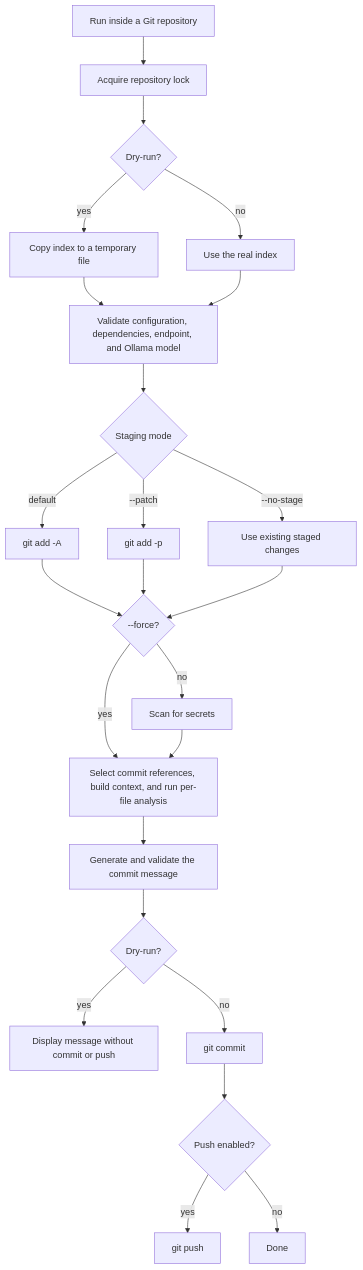
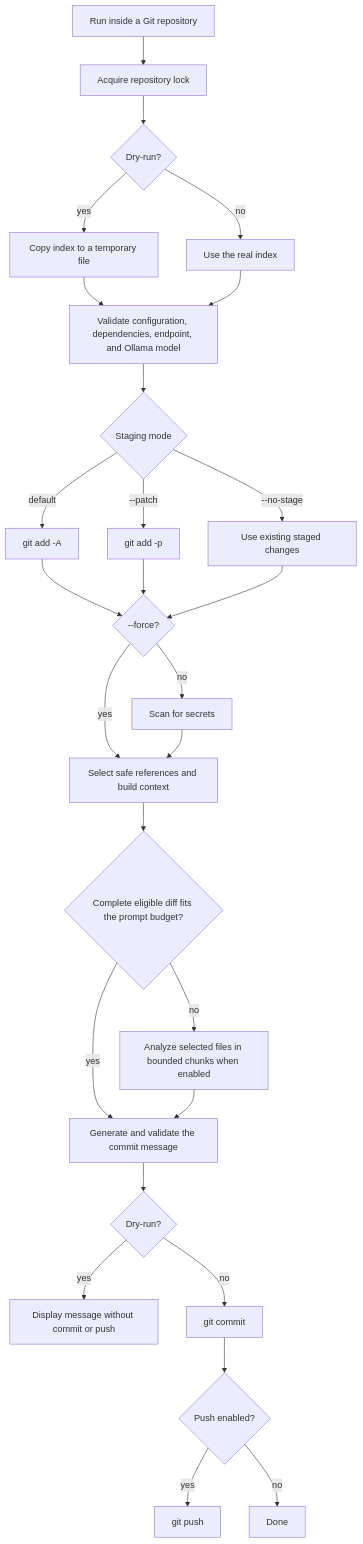
Before and after one commit to aibersemi/git-auto-commit-ollama: the diagram in README.md, drawn with Mermaid. The commit also changed other lines of this file and 6 other files, not shown here.

````diff
--- a/README.md
+++ b/README.md
@@ -68,26 +70,29 @@
 ```mermaid
 flowchart TD
   A[Run inside a Git repository] --> B[Acquire repository lock]
   B --> C{Dry-run?}
   C -->|yes| D[Copy index to a temporary file]
   C -->|no| E[Use the real index]
   D --> F[Validate configuration, dependencies, endpoint, and Ollama model]
   E --> F
   F --> G{Staging mode}
   G -->|default| H[git add -A]
   G -->|--patch| I[git add -p]
   G -->|--no-stage| J[Use existing staged changes]
   H --> K{--force?}
   I --> K
   J --> K
-  K -->|yes| L[Select commit references, build context, and run per-file analysis]
+  K -->|yes| L[Select safe references and build context]
   K -->|no| M[Scan for secrets]
   M --> L
-  L --> N[Generate and validate the commit message]
+  L --> U{Complete eligible diff fits the prompt budget?}
+  U -->|yes| N[Generate and validate the commit message]
+  U -->|no| V[Analyze selected files in bounded chunks when enabled]
+  V --> N
   N --> O{Dry-run?}
   O -->|yes| P[Display message without commit or push]
   O -->|no| Q[git commit]
   Q --> R{Push enabled?}
   R -->|yes| S[git push]
   R -->|no| T[Done]
 ```
````
